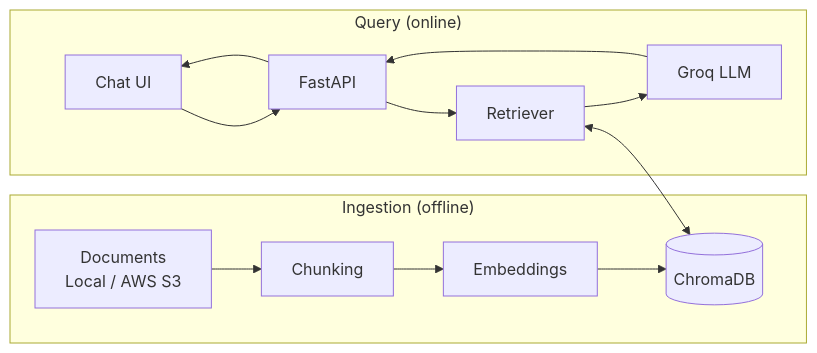
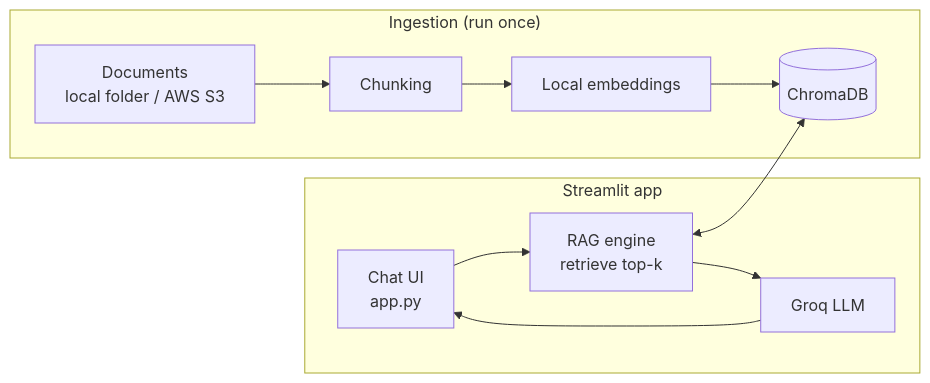
The diagram in README.md (onamemba/web_chatbot), drawn with Mermaid before and after one commit. The commit also changed other lines of this file and 5 other files, not shown here.

Commit message:
Add working Streamlit RAG chatbot

````diff
--- a/README.md
+++ b/README.md
@@ -9,17 +9,15 @@
 ```mermaid
 flowchart LR
-    subgraph Ingestion["Ingestion (offline)"]
-        A[Documents<br/>Local / AWS S3] --> B[Chunking]
-        B --> C[Embeddings]
+    subgraph Ingestion["Ingestion (run once)"]
+        A[Documents<br/>local folder / AWS S3] --> B[Chunking]
+        B --> C[Local embeddings]
         C --> D[(ChromaDB)]
     end
 
-    subgraph Query["Query (online)"]
-        E[Chat UI] --> F[FastAPI]
-        F --> G[Retriever]
-        G <--> D
-        G --> H[Groq LLM]
-        H --> F
-        F --> E
+    subgraph App["Streamlit app"]
+        E[Chat UI<br/>app.py] --> F[RAG engine<br/>retrieve top-k]
+        F <--> D
+        F --> G[Groq LLM]
+        G --> E
     end
 ```
````
